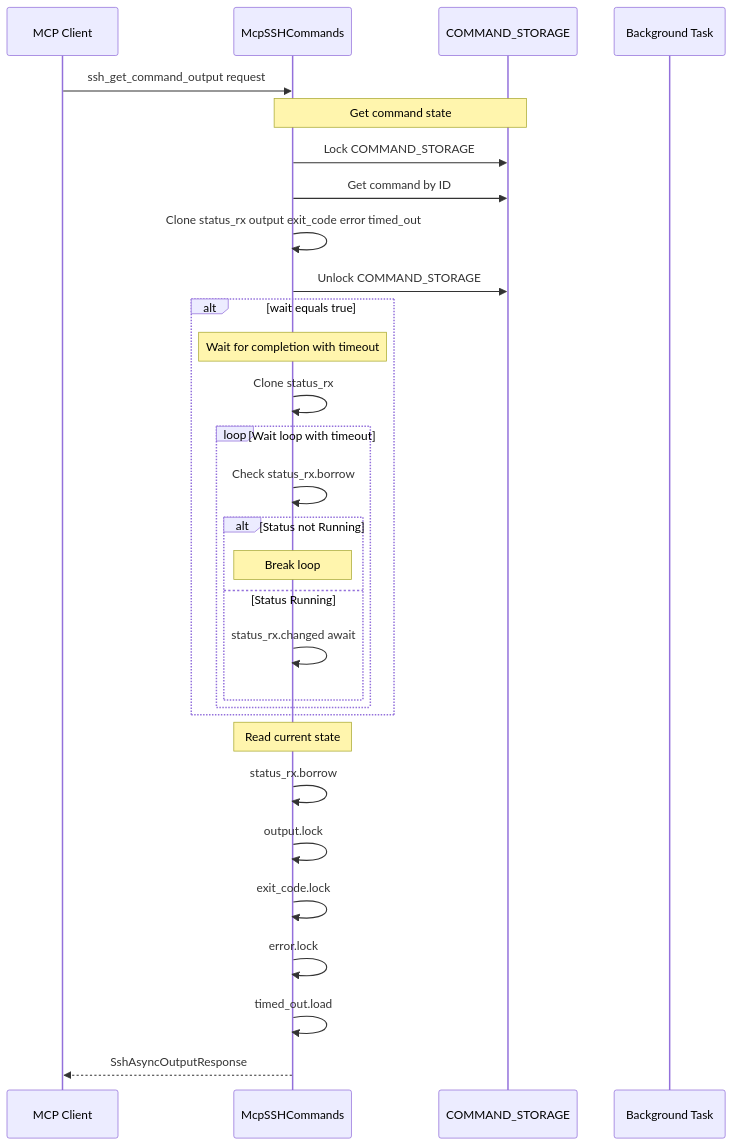
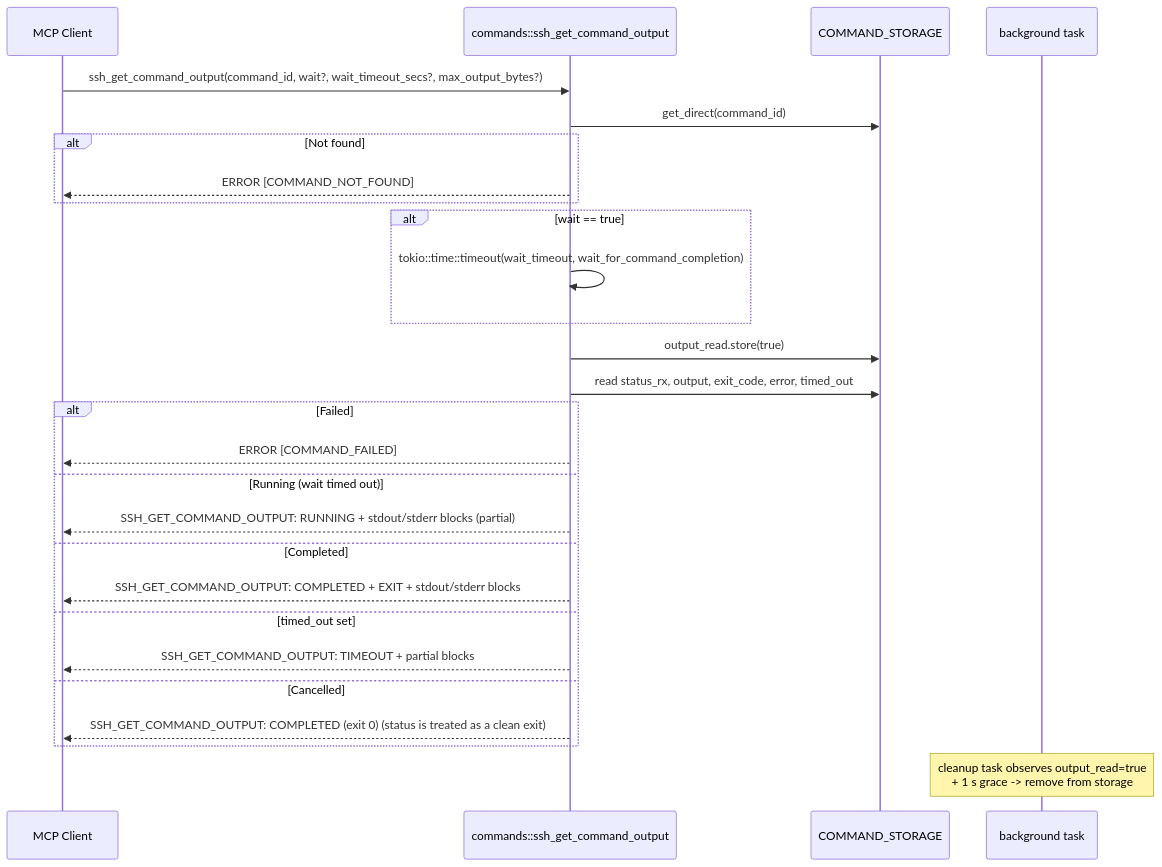
One commit to farchanjo/ssh-mcp changed the tenth of 24 diagrams in docs/FLOWS.md. Above: the diagram before and after it, drawn with Mermaid. The commit also changed other lines of this file and 5 other files, not shown here.

````diff
--- a/docs/FLOWS.md
+++ b/docs/FLOWS.md
@@ -481,37 +454,35 @@
 ```mermaid
 sequenceDiagram
     participant Client as MCP Client
-    participant Cmd as McpSSHCommands
-    participant AsyncStore as COMMAND_STORAGE
-    participant Task as Background Task
+    participant Cmd as commands::ssh_get_command_output
+    participant Store as COMMAND_STORAGE
+    participant Task as background task
 
-    Client->>Cmd: ssh_get_command_output request
+    Client->>Cmd: ssh_get_command_output(command_id, wait?, wait_timeout_secs?, max_output_bytes?)
 
-    Note over Cmd,AsyncStore: Get command state
-    Cmd->>AsyncStore: Lock COMMAND_STORAGE
-    Cmd->>AsyncStore: Get command by ID
-    Cmd->>Cmd: Clone status_rx output exit_code error timed_out
-    Cmd->>AsyncStore: Unlock COMMAND_STORAGE
-
-    alt wait equals true
-        Note over Cmd: Wait for completion with timeout
-        Cmd->>Cmd: Clone status_rx
-        loop Wait loop with timeout
-            Cmd->>Cmd: Check status_rx.borrow
-            alt Status not Running
-                Note over Cmd: Break loop
-            else Status Running
-                Cmd->>Cmd: status_rx.changed await
-            end
-        end
+    Cmd->>Store: get_direct(command_id)
+    alt Not found
+        Cmd-->>Client: ERROR [COMMAND_NOT_FOUND]
     end
 
-    Note over Cmd: Read current state
-    Cmd->>Cmd: status_rx.borrow
-    Cmd->>Cmd: output.lock
-    Cmd->>Cmd: exit_code.lock
-    Cmd->>Cmd: error.lock
-    Cmd->>Cmd: timed_out.load
+    alt wait == true
+        Cmd->>Cmd: tokio::time::timeout(wait_timeout, wait_for_command_completion)
+    end
 
-    Cmd-->>Client: SshAsyncOutputResponse
+    Cmd->>Store: output_read.store(true)
+    Cmd->>Store: read status_rx, output, exit_code, error, timed_out
+
+    alt Failed
+        Cmd-->>Client: ERROR [COMMAND_FAILED]
+    else Running (wait timed out)
+        Cmd-->>Client: SSH_GET_COMMAND_OUTPUT: RUNNING + stdout/stderr blocks (partial)
+    else Completed
+        Cmd-->>Client: SSH_GET_COMMAND_OUTPUT: COMPLETED + EXIT + stdout/stderr blocks
+    else timed_out set
+        Cmd-->>Client: SSH_GET_COMMAND_OUTPUT: TIMEOUT + partial blocks
+    else Cancelled
+        Cmd-->>Client: SSH_GET_COMMAND_OUTPUT: COMPLETED (exit 0) (status is treated as a clean exit)
+    end
+
+    Note over Task: cleanup task observes output_read=true<br/>+ 1 s grace -> remove from storage
 ```
````
